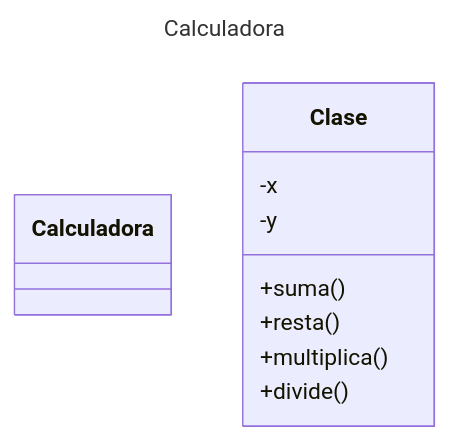
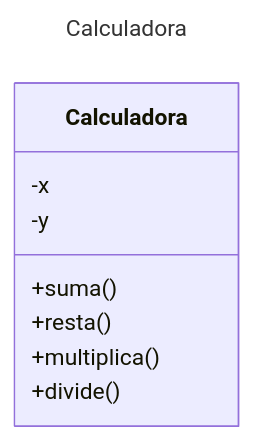
Before and after one commit to CLA-MOO/MOO.java.ag.calculadora: the diagram in README.md, drawn with Mermaid.

````diff
--- a/README.md
+++ b/README.md
@@ -7,13 +7,13 @@
 ```mermaid
 ---
 title: Calculadora
 ---
 classDiagram
       class Calculadora
-      Clase: -x
-      Clase: -y
-      Clase: +suma()
-      Clase: +resta()
-      Clase: +multiplica()
-      Clase: +divide()
+      Calculadora: -x
+      Calculadora: -y
+      Calculadora: +suma()
+      Calculadora: +resta()
+      Calculadora: +multiplica()
+      Calculadora: +divide()
 ```
````
